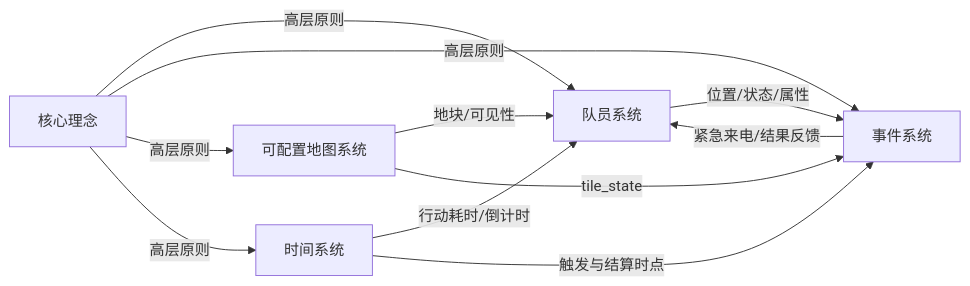
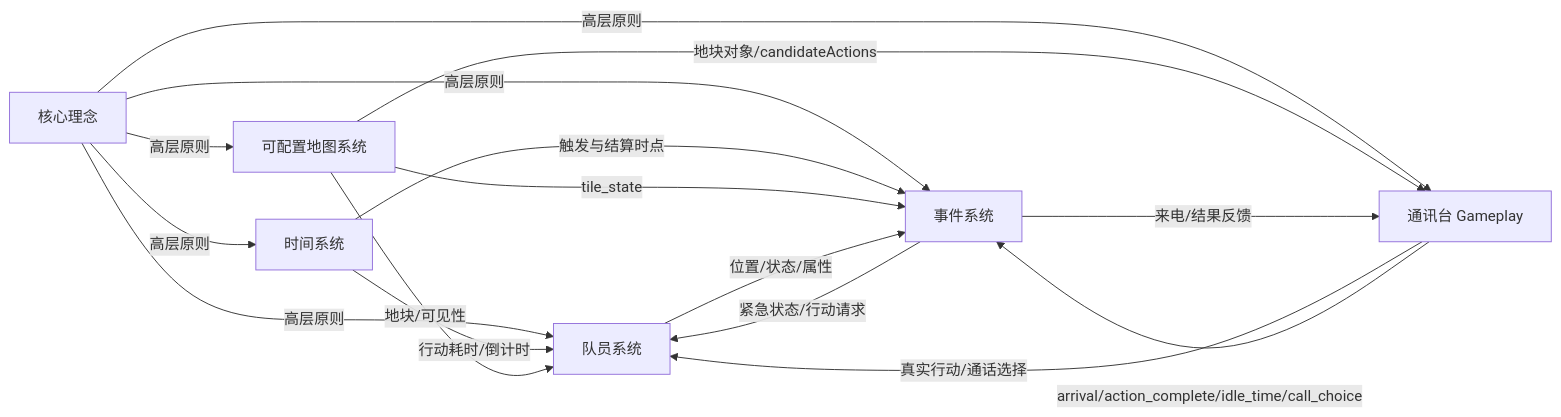
The diagram in docs/index.md (Hikaru518/stellar-frontier), drawn with Mermaid before and after one commit. The commit also changed other lines of this file and 2 other files, not shown here.

First line of the commit message:
docs: reaud communication table wiki merge

````diff
--- a/docs/index.md
+++ b/docs/index.md
@@ -66,13 +68,18 @@
 ```mermaid
 flowchart LR
     coreIdeas["核心理念"] -->|"高层原则"| crewSystem["队员系统"]
+    coreIdeas -->|"高层原则"| communicationTable["通讯台 Gameplay"]
     coreIdeas -->|"高层原则"| eventSystem["事件系统"]
     coreIdeas -->|"高层原则"| mapSystem["可配置地图系统"]
     coreIdeas -->|"高层原则"| timeSystem["时间系统"]
     timeSystem -->|"行动耗时/倒计时"| crewSystem
     timeSystem -->|"触发与结算时点"| eventSystem
     mapSystem -->|"地块/可见性"| crewSystem
+    mapSystem -->|"地块对象/candidateActions"| communicationTable
     mapSystem -->|"tile_state"| eventSystem
+    communicationTable -->|"真实行动/通话选择"| crewSystem
+    communicationTable -->|"arrival/action_complete/idle_time/call_choice"| eventSystem
     crewSystem -->|"位置/状态/属性"| eventSystem
-    eventSystem -->|"紧急来电/结果反馈"| crewSystem
+    eventSystem -->|"来电/结果反馈"| communicationTable
+    eventSystem -->|"紧急状态/行动请求"| crewSystem
 ```
````
